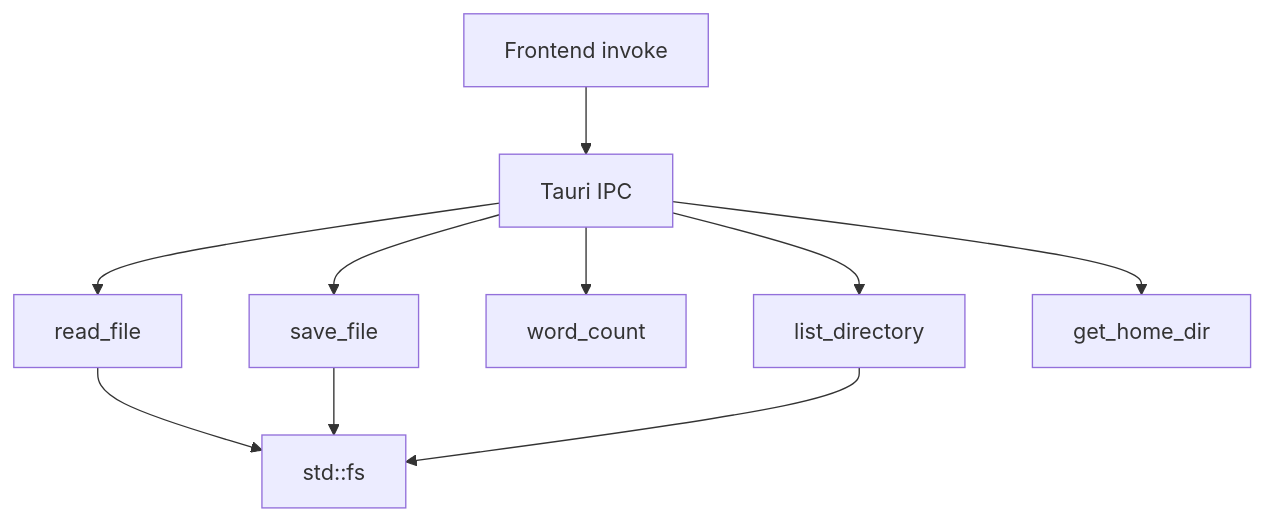
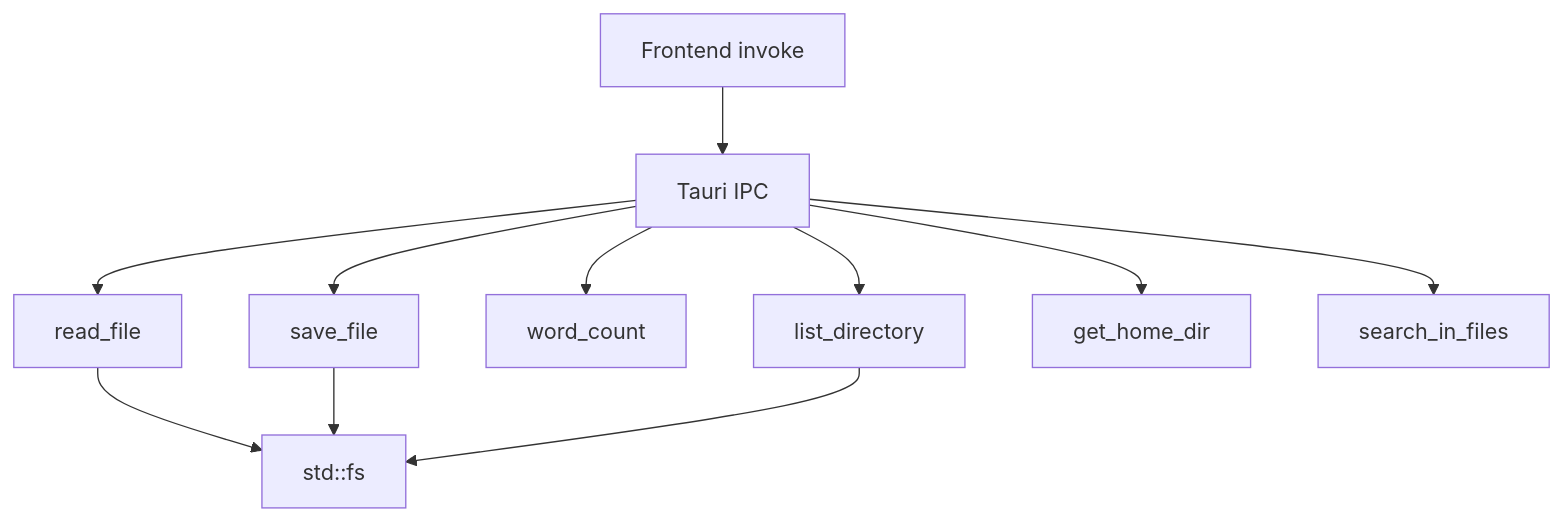
Before and after one commit to quansang/mx: the diagram in docs/03-file-operations.md, drawn with Mermaid. The commit also changed other lines of this file and 2 other files, not shown here.

Commit message:
docs: update README and docs for folder-wide content search feature

````diff
--- a/docs/03-file-operations.md
+++ b/docs/03-file-operations.md
@@ -7,12 +7,13 @@
 ```mermaid
 flowchart TB
     FE[Frontend invoke] --> IPC[Tauri IPC]
     IPC --> RF[read_file]
     IPC --> SF[save_file]
     IPC --> WC[word_count]
     IPC --> LD[list_directory]
     IPC --> HD[get_home_dir]
+    IPC --> SIF[search_in_files]
     RF --> FS[std::fs]
     SF --> FS
     LD --> FS
 ```
````
